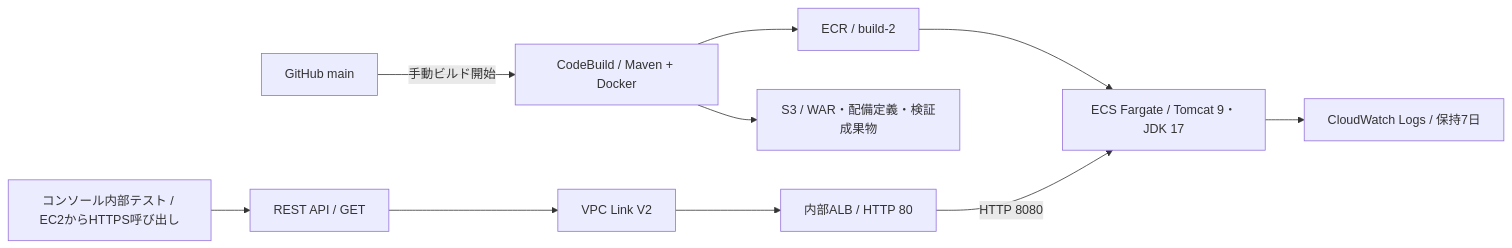
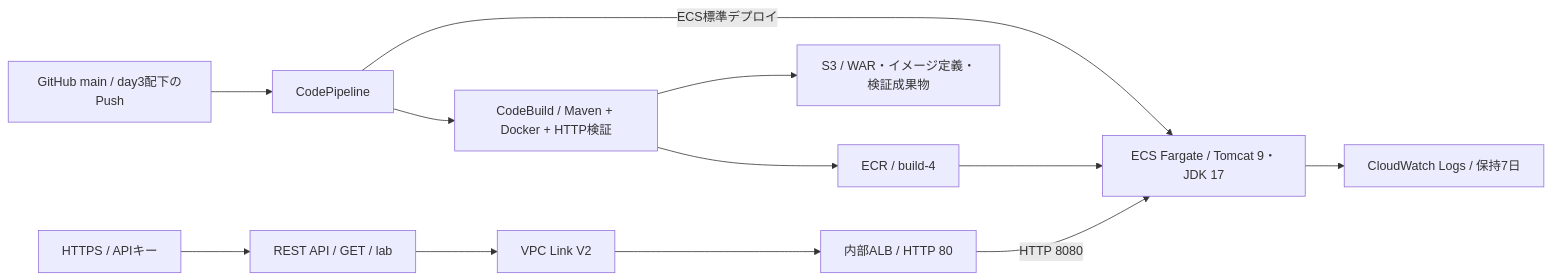
The diagram in docs/day3-console.md (mika-it-labs/aws-infrastructure-devops-portfolio), drawn with Mermaid before and after one commit. The commit also changed other lines of this file, not shown here.

Commit message:
docs: record successful commit-triggered build, ECS deployment and live API verification

````diff
--- a/docs/day3-console.md
+++ b/docs/day3-console.md
@@ -13,12 +27,14 @@
 ```mermaid
 flowchart LR
-  GitHub[GitHub main] -->|手動ビルド開始| Build[CodeBuild / Maven + Docker]
-  Build --> ECR[ECR / build-2]
-  Build --> S3[S3 / WAR・配備定義・検証成果物]
-  ECR --> ECS[ECS Fargate / Tomcat 9・JDK 17]
-  Test[コンソール内部テスト / EC2からHTTPS呼び出し] --> API[REST API / GET]
+  GitHub[GitHub main / day3配下のPush] --> CP[CodePipeline]
+  CP --> Build[CodeBuild / Maven + Docker + HTTP検証]
+  Build --> ECR[ECR / build-4]
+  Build --> S3[S3 / WAR・イメージ定義・検証成果物]
+  CP -->|ECS標準デプロイ| ECS[ECS Fargate / Tomcat 9・JDK 17]
+  ECR --> ECS
+  Client[HTTPS / APIキー] --> API[REST API / GET / lab]
   API --> Link[VPC Link V2]
   Link --> ALB[内部ALB / HTTP 80]
   ALB -->|HTTP 8080| ECS
   ECS --> Logs[CloudWatch Logs / 保持7日]
 ```
````
